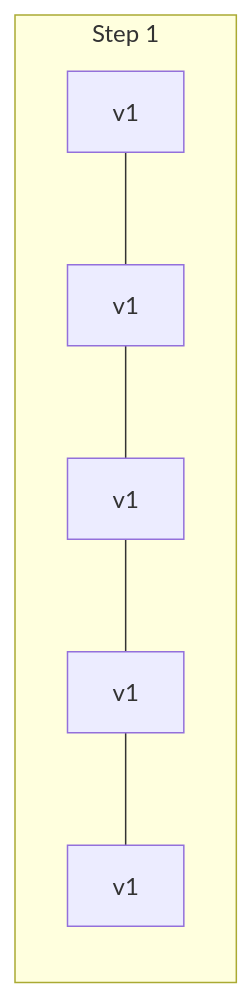
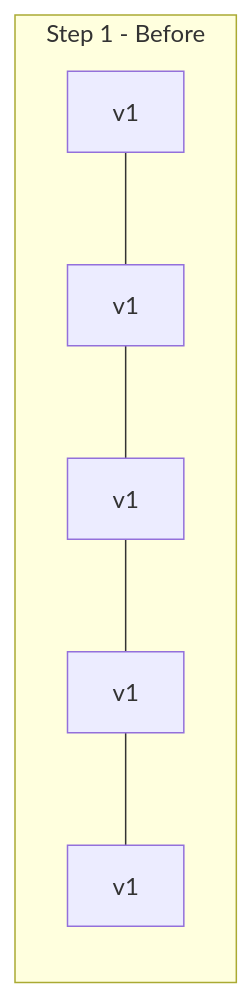
The fourth of 9 diagrams in slides.md (mortenoh/fastapi-k8s), drawn with Mermaid before and after one commit. The commit also changed other lines of this file, not shown here.

````diff
--- a/slides.md
+++ b/slides.md
@@ -422,6 +473,6 @@
 ```mermaid
 graph LR
-    subgraph Step 1
+    subgraph Step 1 - Before
         A1[v1] --- A2[v1] --- A3[v1] --- A4[v1] --- A5[v1]
     end
 ```
````
